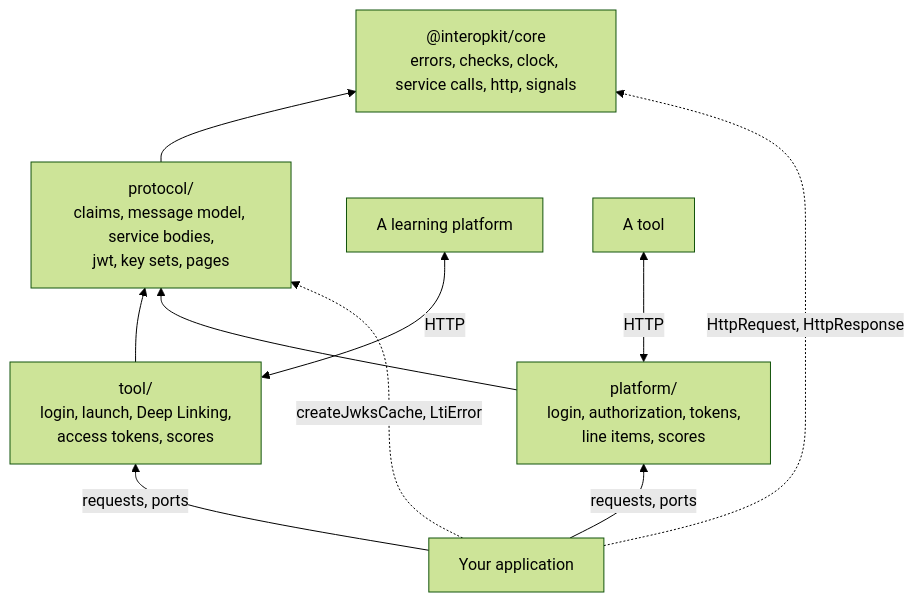
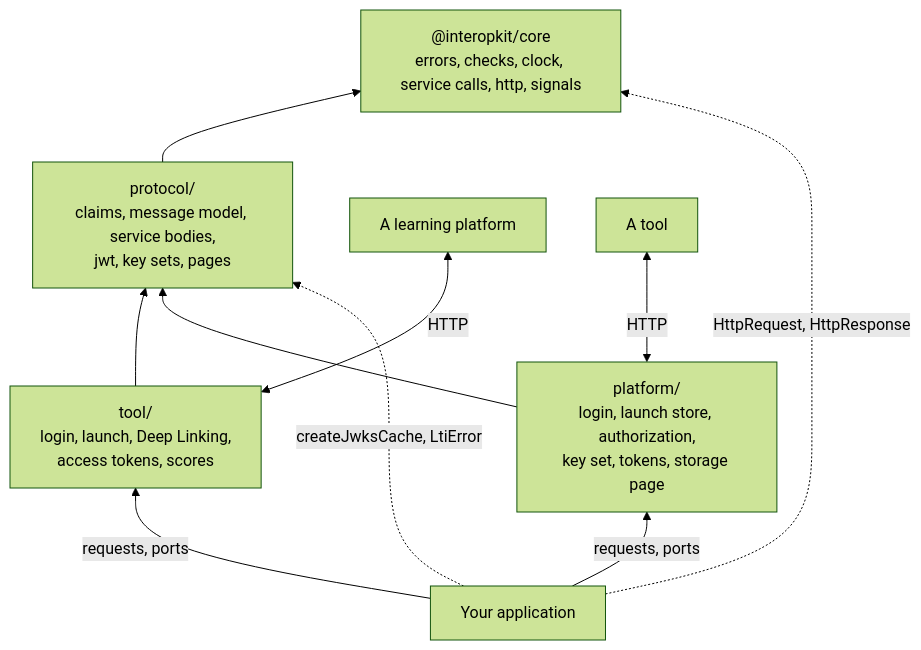
One commit to interopkit/interopkit changed the diagram in docs/tool-integration/architecture.md. Above: the diagram before and after it, drawn with Mermaid (forest theme). The commit also changed 59 other files, not shown here.

First line of the commit message:
Launch tools from a message that the platform keeps: a LaunchStore, four message types, one router and the authentication error response

````diff
--- a/docs/tool-integration/architecture.md
+++ b/docs/tool-integration/architecture.md
@@ -6,17 +6,17 @@
 ```mermaid
 flowchart BT
   core["@interopkit/core<br/>errors, checks, clock, service calls, http, signals"]
   proto["protocol/<br/>claims, message model, service bodies,<br/>jwt, key sets, pages"]
   tool["tool/<br/>login, launch, Deep Linking,<br/>access tokens, scores"]
-  platformRole["platform/<br/>login, authorization, tokens,<br/>line items, scores"]
+  platformRole["platform/<br/>login, launch store, authorization,<br/>key set, tokens, storage page"]
   host["Your application"]
   proto --> core
   tool --> proto
   platformRole --> proto
   host -->|"requests, ports"| tool
   host -->|"requests, ports"| platformRole
   host -.->|"HttpRequest, HttpResponse"| core
   host -.->|"createJwksCache, LtiError"| proto
   tool <-->|"HTTP"| platform["A learning platform"]
   platformRole <-->|"HTTP"| tools["A tool"]
 ```
````
